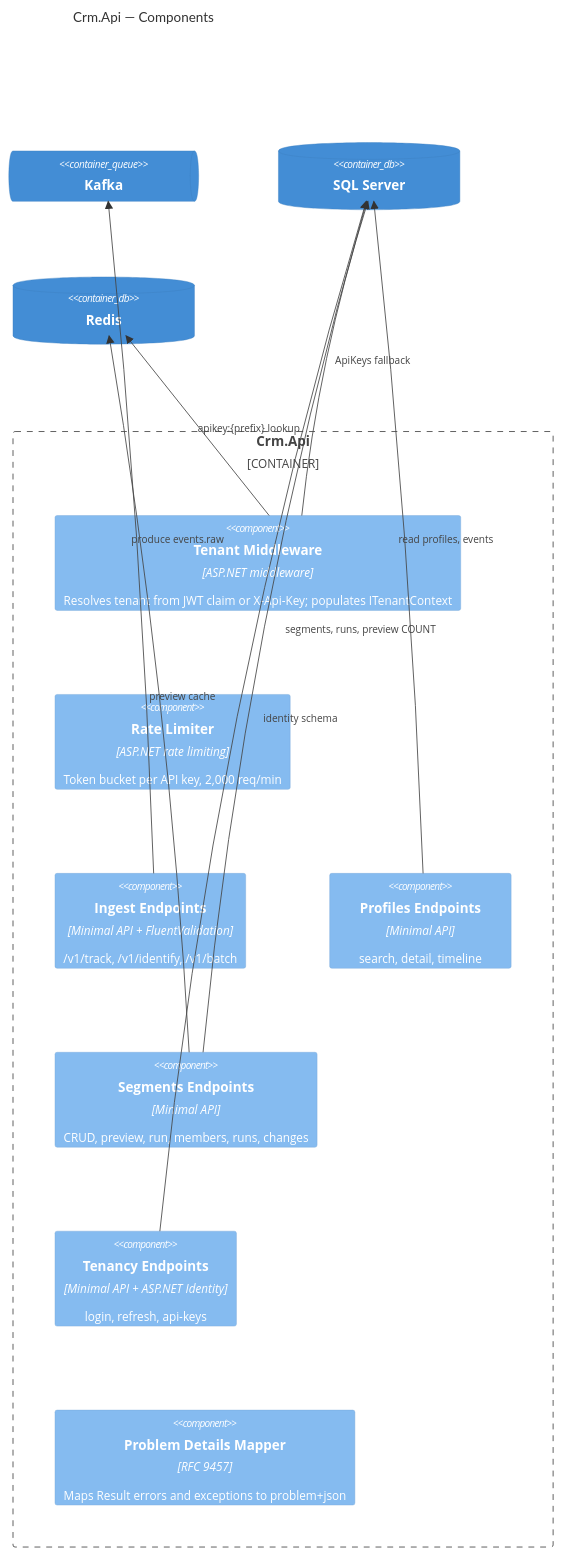
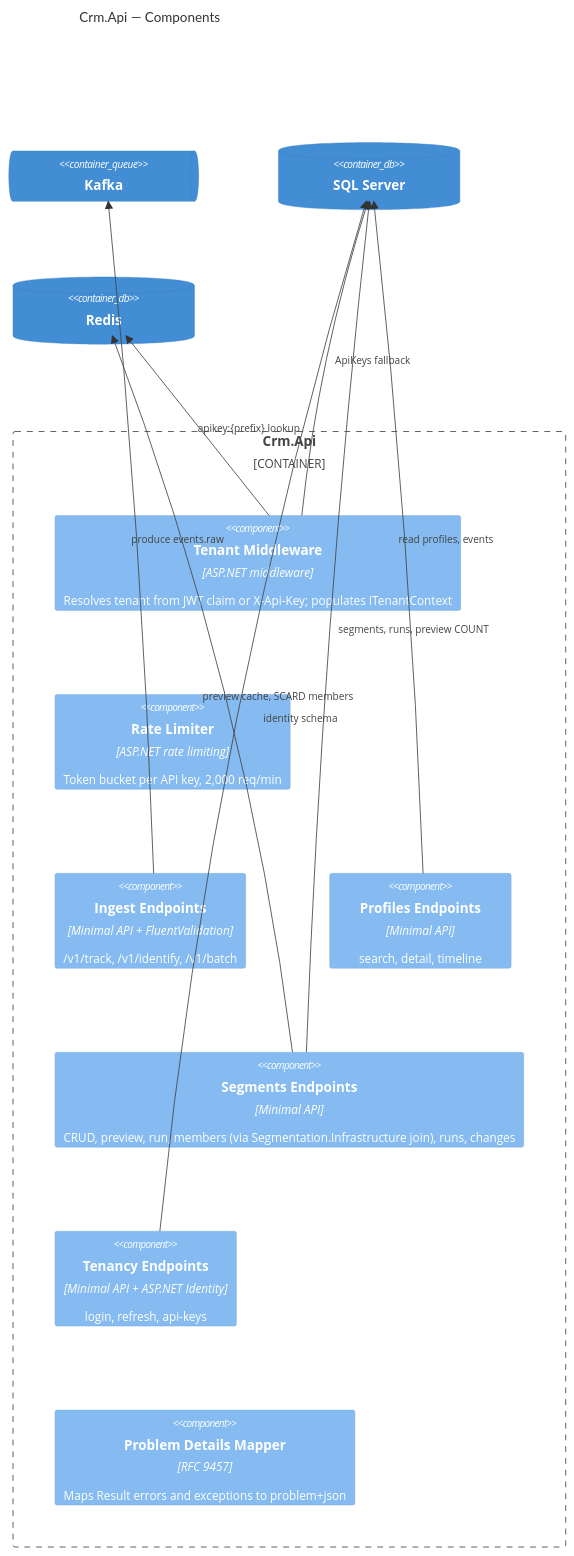
The third of 9 diagrams in docs/design/architecture.md (fef-ai-ml/crm), drawn with Mermaid before and after one commit. The commit also changed other lines of this file and 15 other files, not shown here.

First line of the commit message:
docs: resolve final-review findings across spec, ADRs, architecture, dictionary, API

````diff
--- a/docs/design/architecture.md
+++ b/docs/design/architecture.md
@@ -49,23 +49,23 @@
 ```mermaid
 C4Component
   title Crm.Api — Components
   Container_Boundary(api, "Crm.Api") {
     Component(tenantmw, "Tenant Middleware", "ASP.NET middleware", "Resolves tenant from JWT claim or X-Api-Key; populates ITenantContext")
     Component(ratelimit, "Rate Limiter", "ASP.NET rate limiting", "Token bucket per API key, 2,000 req/min")
     Component(ingest, "Ingest Endpoints", "Minimal API + FluentValidation", "/v1/track, /v1/identify, /v1/batch")
     Component(profiles, "Profiles Endpoints", "Minimal API", "search, detail, timeline")
-    Component(segments, "Segments Endpoints", "Minimal API", "CRUD, preview, run, members, runs, changes")
+    Component(segments, "Segments Endpoints", "Minimal API", "CRUD, preview, run, members (via Segmentation.Infrastructure join), runs, changes")
     Component(tenancy, "Tenancy Endpoints", "Minimal API + ASP.NET Identity", "login, refresh, api-keys")
     Component(problem, "Problem Details Mapper", "RFC 9457", "Maps Result errors and exceptions to problem+json")
   }
   ContainerQueue(kafka, "Kafka")
   ContainerDb(sql, "SQL Server")
   ContainerDb(redis, "Redis")
   Rel(tenantmw, redis, "apikey:{prefix} lookup")
   Rel(tenantmw, sql, "ApiKeys fallback")
   Rel(ingest, kafka, "produce events.raw")
   Rel(profiles, sql, "read profiles, events")
   Rel(segments, sql, "segments, runs, preview COUNT")
-  Rel(segments, redis, "preview cache")
+  Rel(segments, redis, "preview cache, SCARD members")
   Rel(tenancy, sql, "identity schema")
 ```
````
